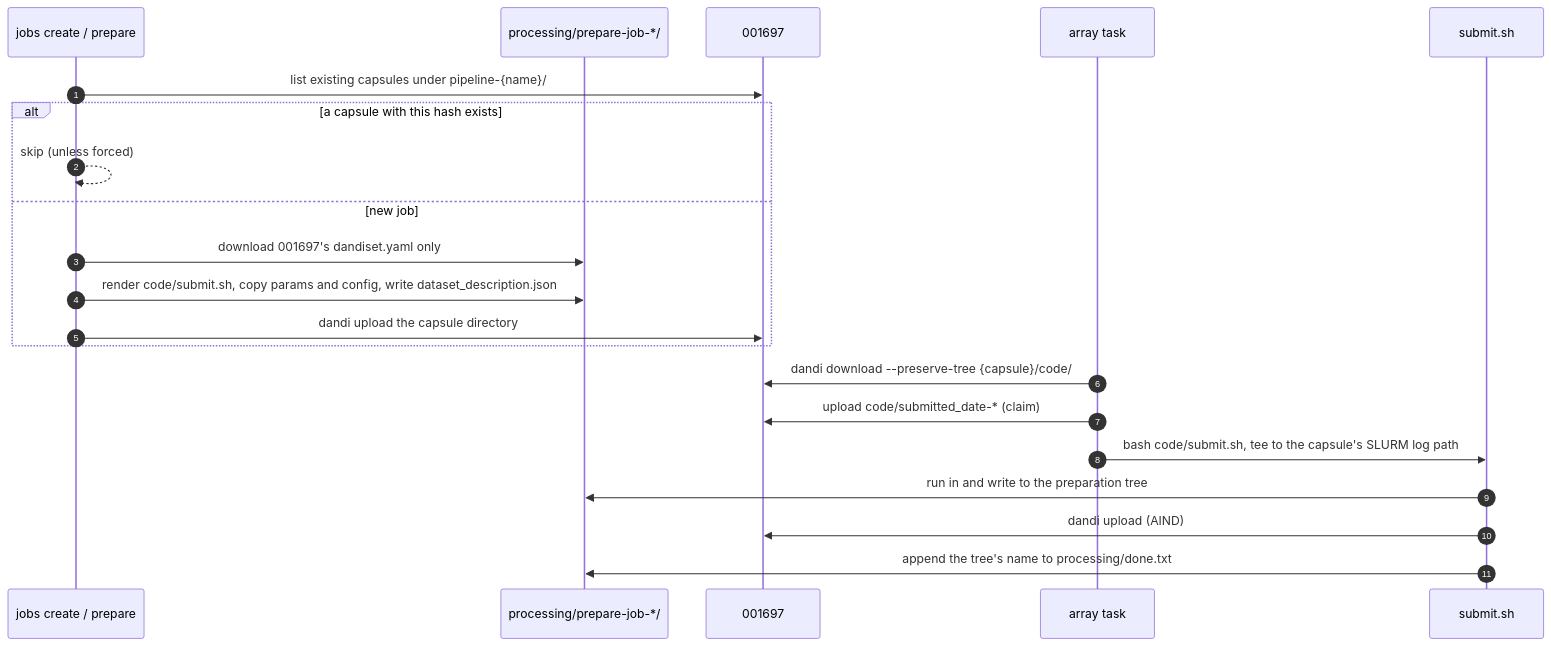
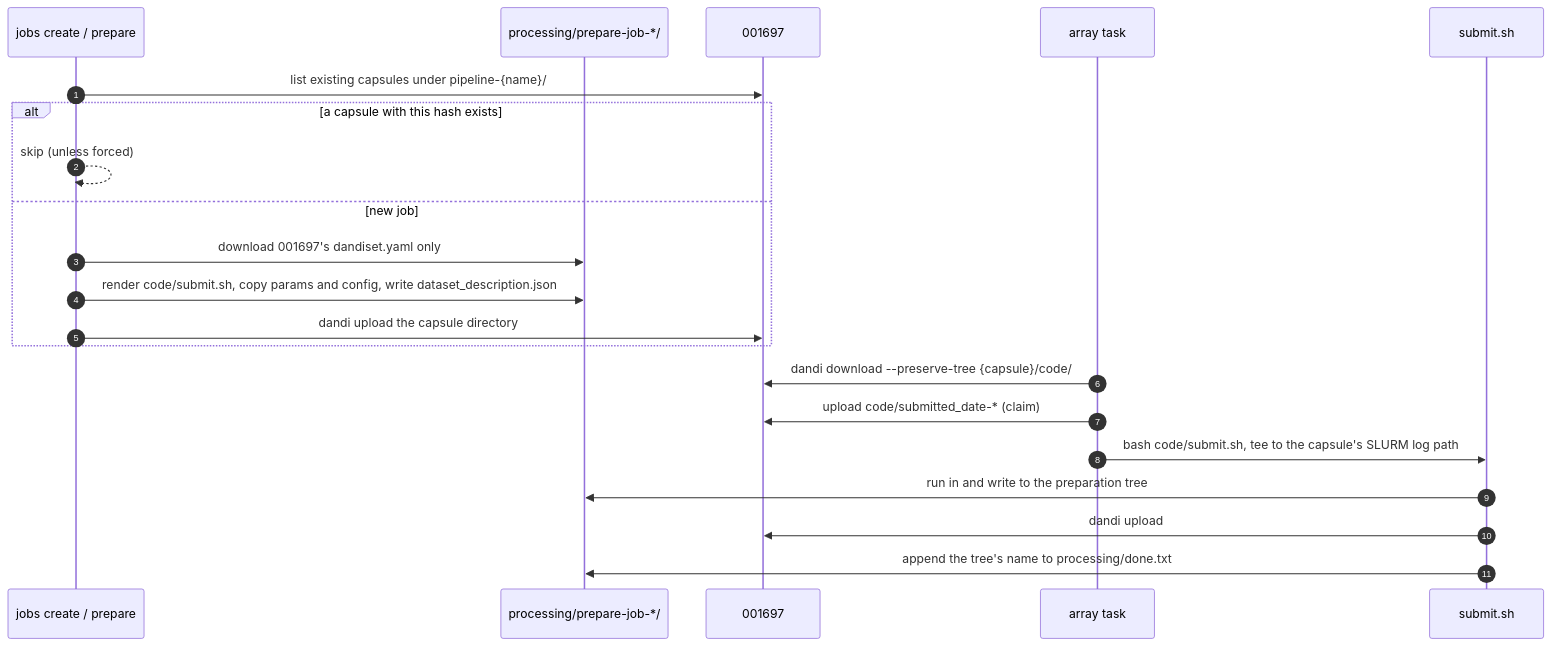
The second of 2 diagrams in docs/job_capsules.md (dandi-compute/dandi-compute-core), drawn with Mermaid before and after one commit. The commit also changed other lines of this file and 3 other files, not shown here.

````diff
--- a/docs/job_capsules.md
+++ b/docs/job_capsules.md
@@ -156,25 +152,25 @@
 ```mermaid
 sequenceDiagram
     autonumber
     participant Op as jobs create / prepare
     participant Proc as processing/prepare-job-*/
     participant DANDI as 001697
     participant Task as array task
     participant Run as submit.sh
 
     Op->>DANDI: list existing capsules under pipeline-{name}/
     alt a capsule with this hash exists
         Op-->>Op: skip (unless forced)
     else new job
         Op->>Proc: download 001697's dandiset.yaml only
         Op->>Proc: render code/submit.sh, copy params and config, write dataset_description.json
         Op->>DANDI: dandi upload the capsule directory
     end
 
     Task->>DANDI: dandi download --preserve-tree {capsule}/code/
     Task->>DANDI: upload code/submitted_date-* (claim)
     Task->>Run: bash code/submit.sh, tee to the capsule's SLURM log path
     Run->>Proc: run in and write to the preparation tree
-    Run->>DANDI: dandi upload (AIND)
+    Run->>DANDI: dandi upload
     Run->>Proc: append the tree's name to processing/done.txt
 ```
````
